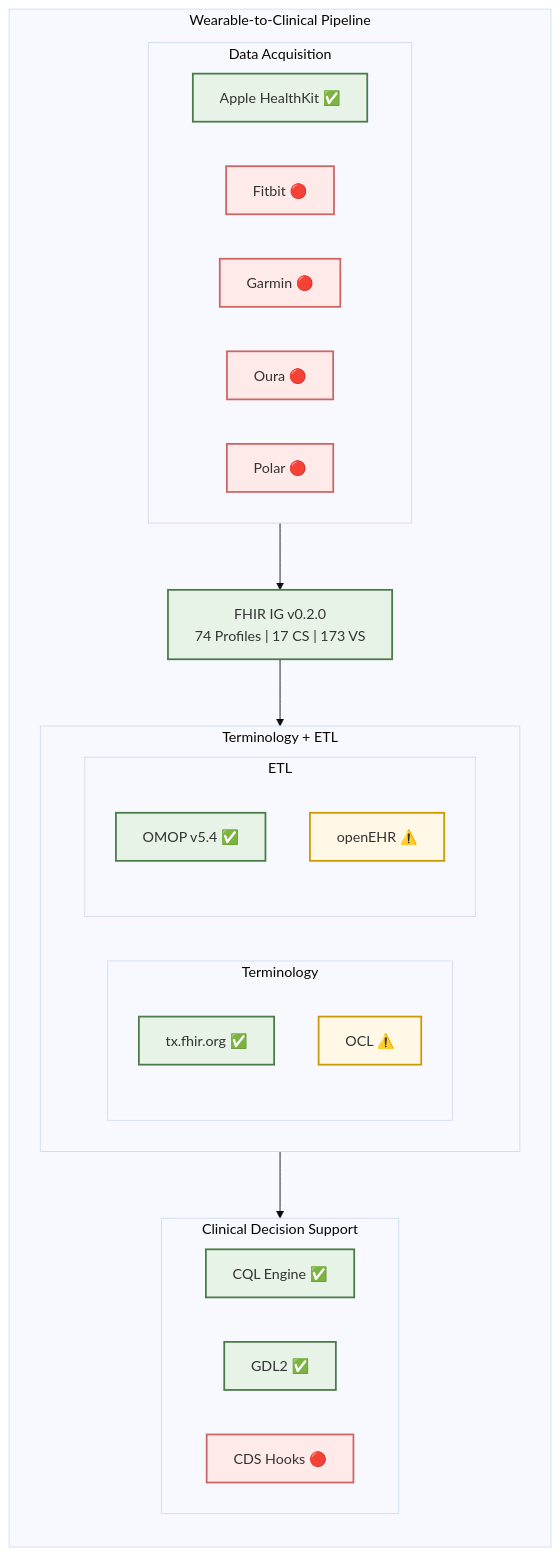
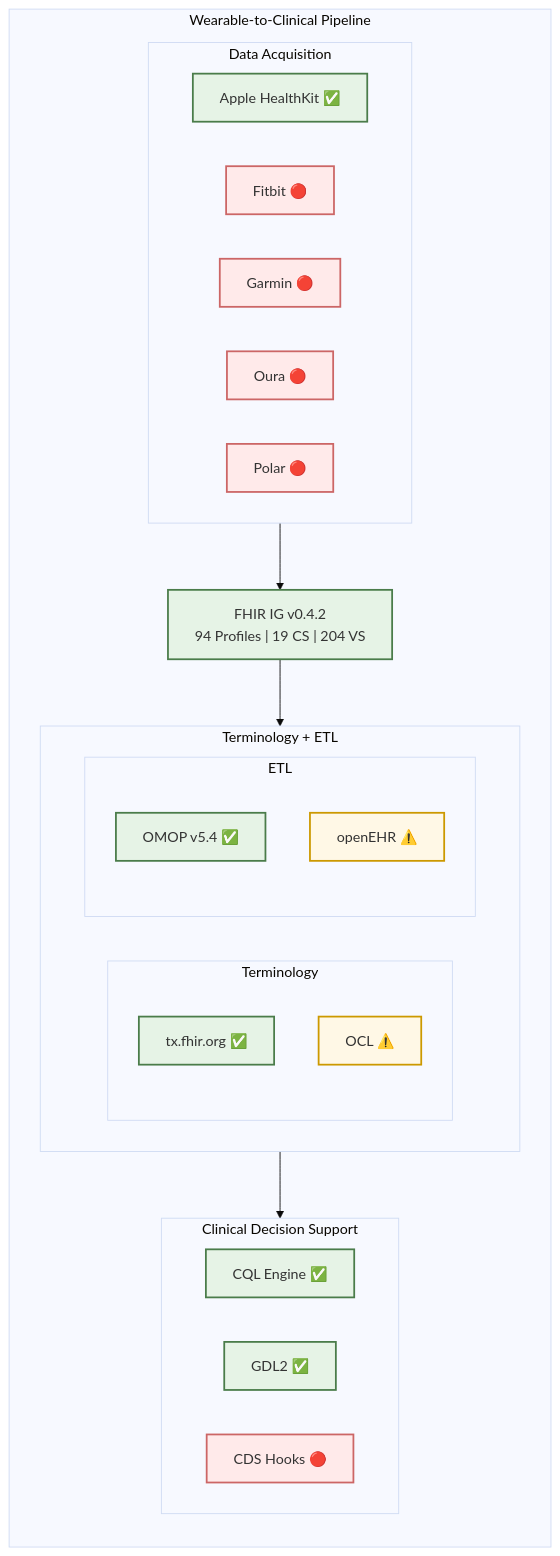
Before and after one commit to RicardoLSantos/shorthand: the first of 5 diagrams in README.md, drawn with Mermaid (base theme). The commit also changed other lines of this file, not shown here.

````diff
--- a/README.md
+++ b/README.md
@@ -31,48 +34,48 @@
 ```mermaid
 flowchart TB
     subgraph WP["Wearable-to-Clinical Pipeline"]
         direction TB
 
         subgraph TG1["Data Acquisition"]
             direction LR
             APPLE["Apple HealthKit ✅"]
             FITBIT["Fitbit 🔴"]
             GARMIN["Garmin 🔴"]
             OURA["Oura 🔴"]
             POLAR["Polar 🔴"]
         end
 
-        FHIRIG["FHIR IG v0.2.0<br/>74 Profiles | 17 CS | 173 VS"]
+        FHIRIG["FHIR IG v0.4.2<br/>94 Profiles | 19 CS | 204 VS"]
 
         subgraph TG2["Terminology + ETL"]
             direction LR
             subgraph TERM["Terminology"]
                 TXFHIR["tx.fhir.org ✅"]
                 OCL["OCL ⚠️"]
             end
             subgraph ETL["ETL"]
                 OMOP["OMOP v5.4 ✅"]
                 OPENEHR["openEHR ⚠️"]
             end
         end
 
         subgraph TG4["Clinical Decision Support"]
             direction LR
             CQL["CQL Engine ✅"]
             GDL2["GDL2 ✅"]
             CDSHOOKS["CDS Hooks 🔴"]
         end
     end
 
     TG1 --> FHIRIG
     FHIRIG --> TG2
     TG2 --> TG4
 
     classDef done fill:#e6f3e6,stroke:#4a7c4a,stroke-width:2px,color:#333
     classDef partial fill:#fff8e6,stroke:#cc9900,stroke-width:2px,color:#333
     classDef todo fill:#ffeaea,stroke:#cc6666,stroke-width:2px,color:#333
 
     class APPLE,FHIRIG,TXFHIR,OMOP,CQL,GDL2 done
     class OCL,OPENEHR partial
     class FITBIT,GARMIN,OURA,POLAR,CDSHOOKS todo
 ```
````
